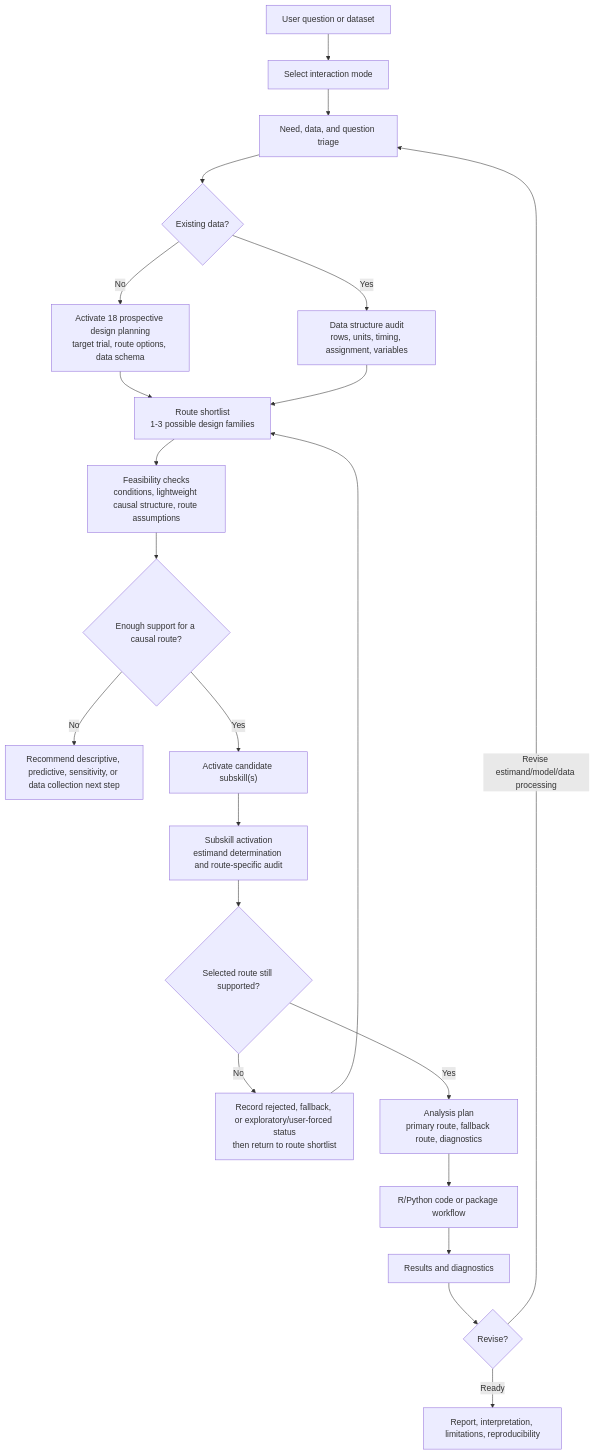
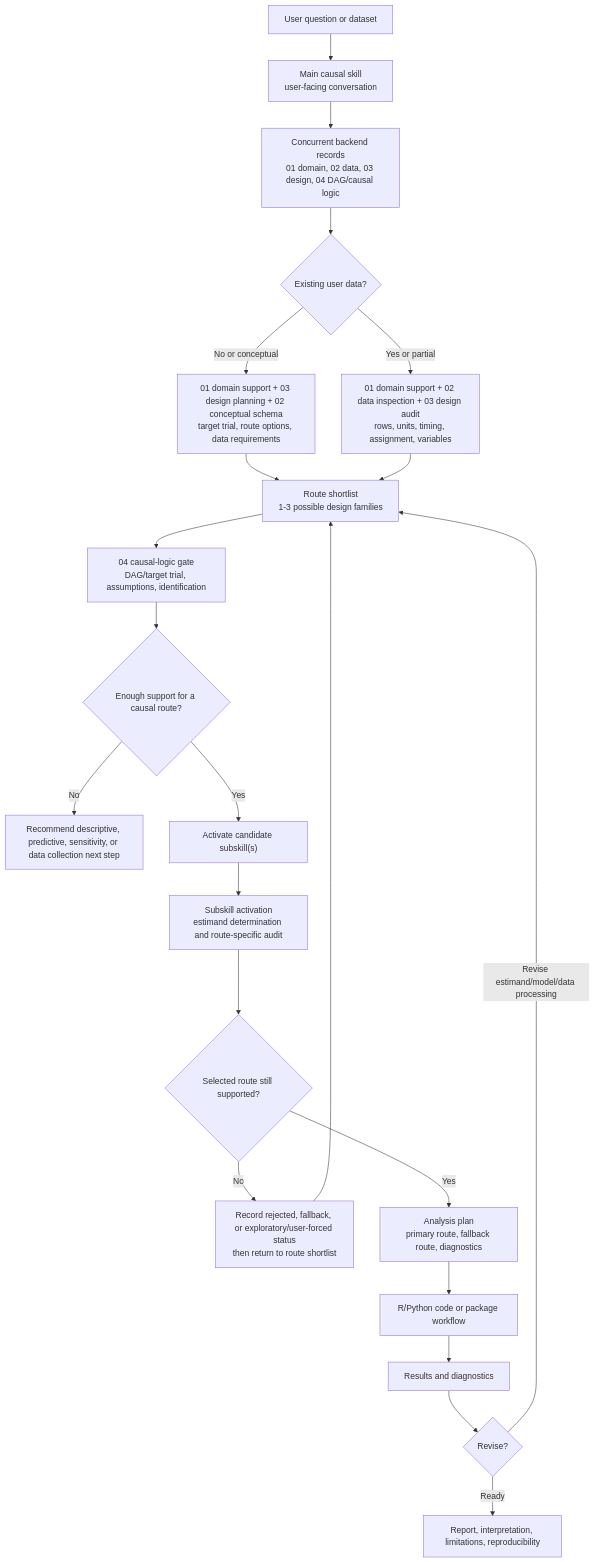
The diagram in assets/workflow-mermaid.md (rqzhu-aide/causal-consultant), drawn with Mermaid before and after one commit. The commit also changed other lines of this file and 57 other files, not shown here.

Commit message:
Refine foundation causal skill architecture

````diff
--- a/assets/workflow-mermaid.md
+++ b/assets/workflow-mermaid.md
@@ -5,24 +5,24 @@
 ```mermaid
 flowchart TB
-    U["User question or dataset"] --> M["Select interaction mode"]
-    M --> I["Need, data, and question triage"]
-    I --> H{"Existing data?"}
-    H -->|No| PD["Activate 18 prospective design planning<br/>target trial, route options, data schema"]
+    U["User question or dataset"] --> M["Main causal skill<br/>user-facing conversation"]
+    M --> F["Concurrent backend records<br/>01 domain, 02 data, 03 design, 04 DAG/causal logic"]
+    F --> H{"Existing user data?"}
+    H -->|No or conceptual| PD["01 domain support + 03 design planning + 02 conceptual schema<br/>target trial, route options, data requirements"]
     PD --> R["Route shortlist<br/>1-3 possible design families"]
-    H -->|Yes| DS["Data structure audit<br/>rows, units, timing, assignment, variables"]
+    H -->|Yes or partial| DS["01 domain support + 02 data inspection + 03 design audit<br/>rows, units, timing, assignment, variables"]
     DS --> R["Route shortlist<br/>1-3 possible design families"]
-    R --> C["Feasibility checks<br/>conditions, lightweight causal structure, route assumptions"]
+    R --> C["04 causal-logic gate<br/>DAG/target trial, assumptions, identification"]
     C --> D{"Enough support for a causal route?"}
     D -->|No| ALT["Recommend descriptive, predictive, sensitivity, or data collection next step"]
     D -->|Yes| S["Activate candidate subskill(s)"]
     S --> E["Subskill activation<br/>estimand determination and route-specific audit"]
     E --> SD{"Selected route still supported?"}
     SD -->|No| RO["Record rejected, fallback, or exploratory/user-forced status<br/>then return to route shortlist"]
     RO --> R
     SD -->|Yes| P["Analysis plan<br/>primary route, fallback route, diagnostics"]
     P --> CODE["R/Python code or package workflow"]
     CODE --> RES["Results and diagnostics"]
     RES --> ITER{"Revise?"}
-    ITER -->|Revise estimand/model/data processing| I
+    ITER -->|Revise estimand/model/data processing| R
     ITER -->|Ready| REP["Report, interpretation, limitations, reproducibility"]
 ```
````
